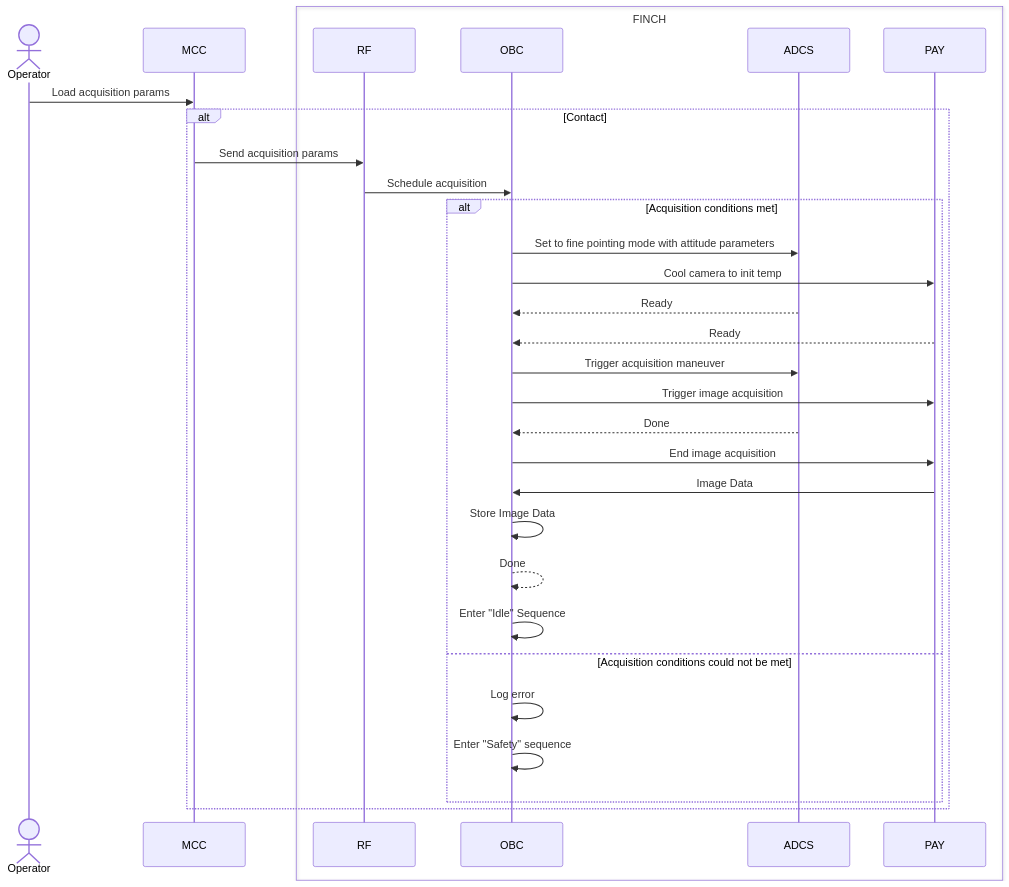
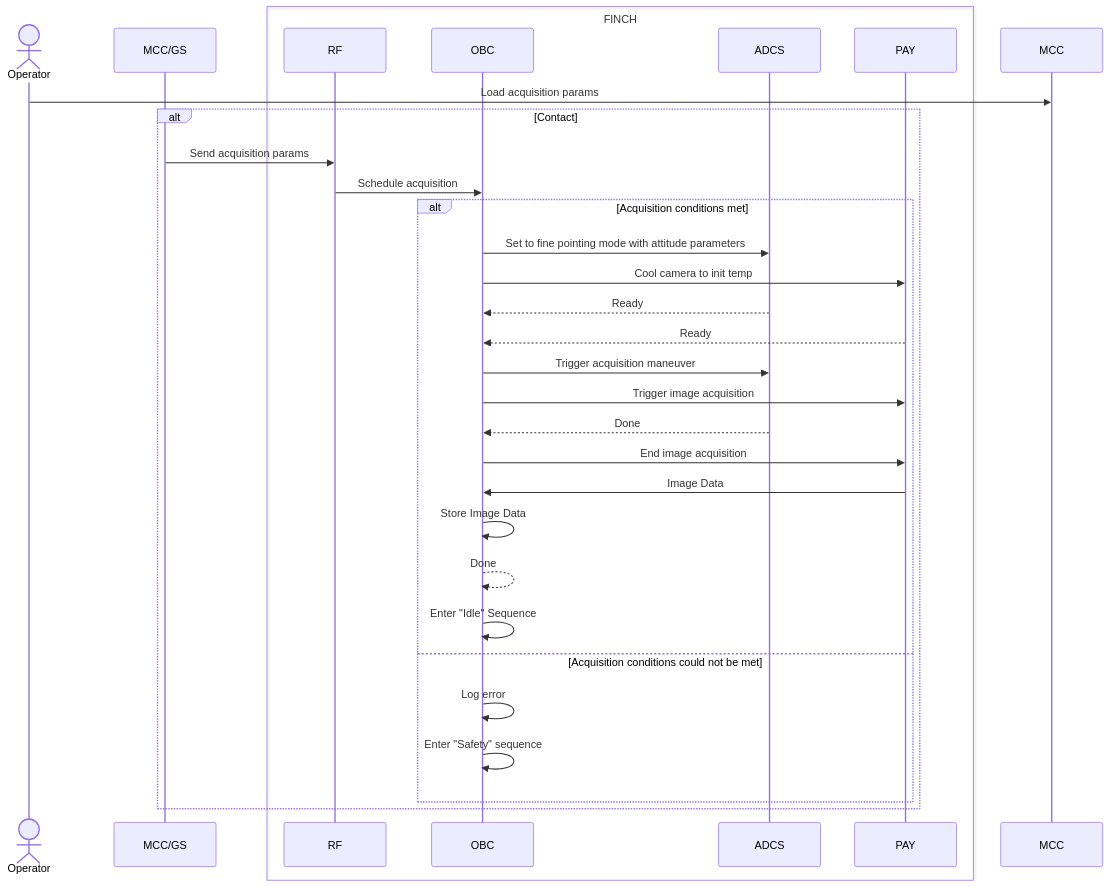
Before and after one commit to utat-ss/FINCH-sequence-diagrams: the diagram in command sequences/acquisition-command.md, drawn with Mermaid.

````diff
--- a/command sequences/acquisition-command.md
+++ b/command sequences/acquisition-command.md
@@ -2,44 +2,44 @@
 ```mermaid
 sequenceDiagram
     Actor Operator
-    participant MCC
+    participant MCC/GS
     box FINCH
         participant RF
         participant OBC
         participant ADCS
         participant PAY
     end
 
     Operator->>MCC: Load acquisition params
     alt Contact
-        MCC->>RF: Send acquisition params
+        MCC/GS->>RF: Send acquisition params
 
         RF->>OBC: Schedule acquisition
 
         alt Acquisition conditions met
             OBC->>ADCS: Set to fine pointing mode with attitude parameters
             OBC->>PAY: Cool camera to init temp
             ADCS-->>OBC: Ready
             PAY-->>OBC: Ready
 
             OBC->>ADCS: Trigger acquisition maneuver
             OBC->>PAY: Trigger image acquisition
             ADCS-->>OBC: Done
             OBC->>PAY: End image acquisition
             PAY->>OBC: Image Data
             OBC->>OBC: Store Image Data
             OBC-->>OBC: Done
             OBC->>OBC: Enter "Idle" Sequence
 
 
         else Acquisition conditions could not be met
             OBC->>OBC: Log error
             OBC->>OBC: Enter "Safety" sequence
 
         end
     end
 
 
     
 
 ```
````
